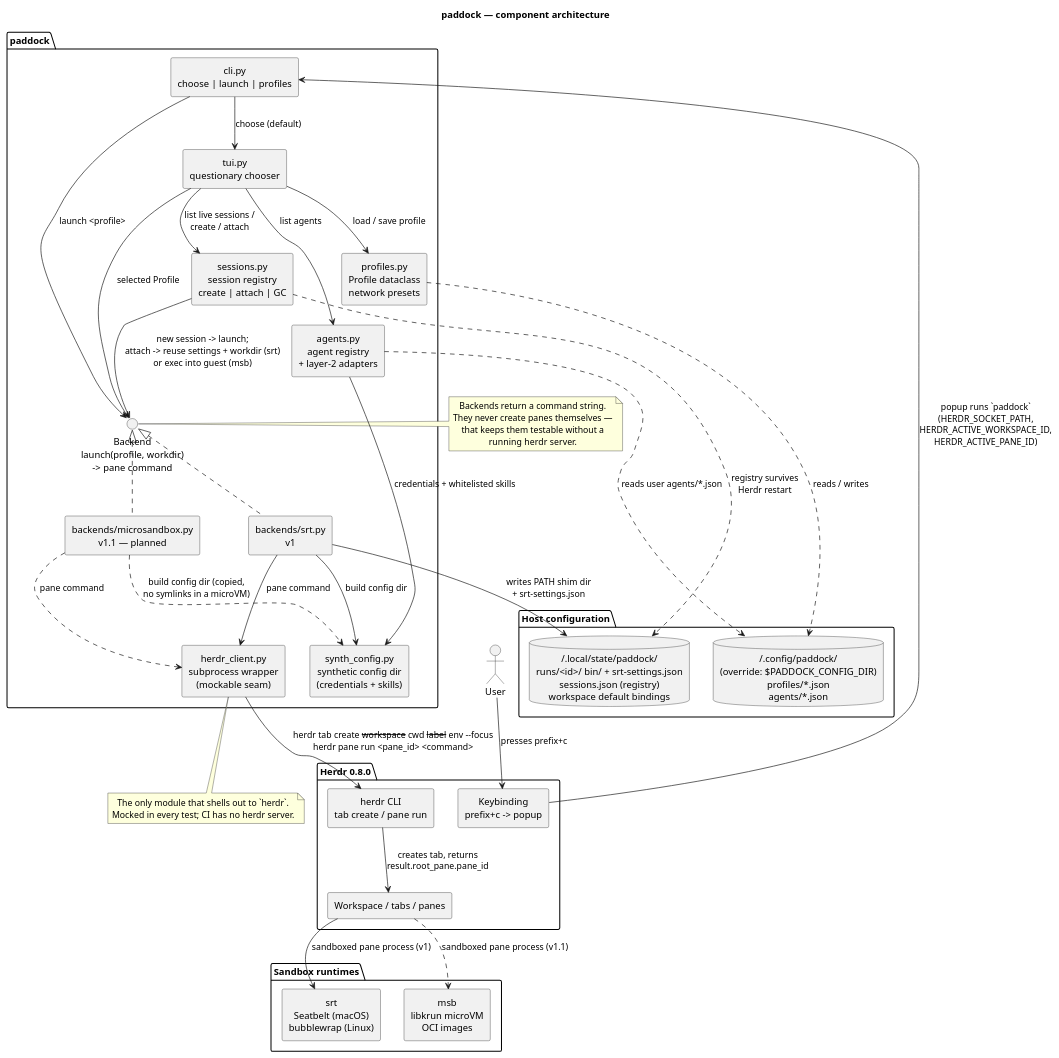
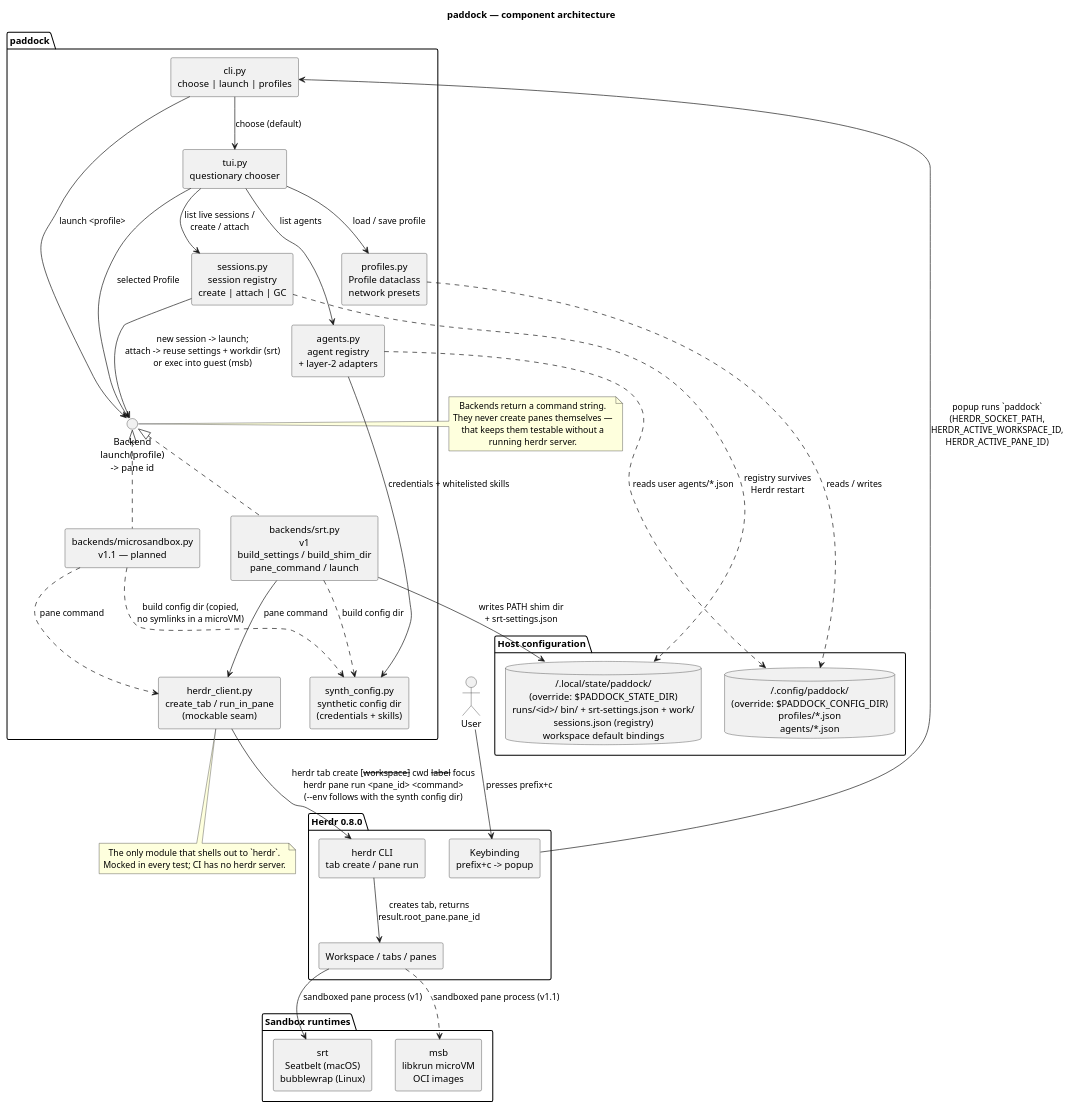
Before and after one commit to paddock-sh/paddock: the diagram in docs/diagrams/architecture.puml, drawn with PlantUML. The commit also changed 7 other files, not shown here.

First line of the commit message:
feat: herdr client and srt backend

```diff
--- a/docs/diagrams/architecture.puml
+++ b/docs/diagrams/architecture.puml
@@ -1,79 +1,79 @@
 @startuml architecture
 title paddock — component architecture
 
 skinparam componentStyle rectangle
 skinparam shadowing false
 skinparam defaultTextAlignment center
 
 actor User
 
 package "Herdr 0.8.0" {
   [Keybinding\nprefix+c -> popup] as Keybinding
   [herdr CLI\ntab create / pane run] as HerdrCLI
   [Workspace / tabs / panes] as HerdrUI
 }
 
 package "paddock" {
   [cli.py\nchoose | launch | profiles] as CLI
   [tui.py\nquestionary chooser] as TUI
   [sessions.py\nsession registry\ncreate | attach | GC] as Sessions
   [profiles.py\nProfile dataclass\nnetwork presets] as Profiles
   [agents.py\nagent registry\n+ layer-2 adapters] as Agents
   [synth_config.py\nsynthetic config dir\n(credentials + skills)] as SynthConfig
-  interface "Backend\nlaunch(profile, workdir)\n-> pane command" as BackendAPI
-  [backends/srt.py\nv1] as SrtBackend
+  interface "Backend\nlaunch(profile)\n-> pane id" as BackendAPI
+  [backends/srt.py\nv1\nbuild_settings / build_shim_dir\npane_command / launch] as SrtBackend
   [backends/microsandbox.py\nv1.1 — planned] as MsbBackend
-  [herdr_client.py\nsubprocess wrapper\n(mockable seam)] as HerdrClient
+  [herdr_client.py\ncreate_tab / run_in_pane\n(mockable seam)] as HerdrClient
 }
 
 package "Host configuration" {
   database "~/.config/paddock/\n(override: $PADDOCK_CONFIG_DIR)\nprofiles/*.json\nagents/*.json" as ConfigFiles
-  database "~/.local/state/paddock/\nruns/<id>/ bin/ + srt-settings.json\nsessions.json (registry)\nworkspace default bindings" as RunDir
+  database "~/.local/state/paddock/\n(override: $PADDOCK_STATE_DIR)\nruns/<id>/ bin/ + srt-settings.json + work/\nsessions.json (registry)\nworkspace default bindings" as RunDir
 }
 
 package "Sandbox runtimes" {
   [srt\nSeatbelt (macOS)\nbubblewrap (Linux)] as Srt
   [msb\nlibkrun microVM\nOCI images] as Msb
 }
 
 User --> Keybinding : presses prefix+c
 Keybinding --> CLI : popup runs `paddock`\n(HERDR_SOCKET_PATH,\nHERDR_ACTIVE_WORKSPACE_ID,\nHERDR_ACTIVE_PANE_ID)
 CLI --> TUI : choose (default)
 TUI --> Profiles : load / save profile
 TUI --> Agents : list agents
 TUI --> Sessions : list live sessions /\ncreate / attach
 Sessions ..> RunDir : registry survives\nHerdr restart
 Profiles ..> ConfigFiles : reads / writes
 Agents ..> ConfigFiles : reads user agents/*.json
 
 TUI --> BackendAPI : selected Profile
 CLI --> BackendAPI : launch <profile>
 BackendAPI <|.. SrtBackend
 BackendAPI <|.. MsbBackend
 
 SrtBackend --> RunDir : writes PATH shim dir\n+ srt-settings.json
 Sessions --> BackendAPI : new session -> launch;\nattach -> reuse settings + workdir (srt)\nor exec into guest (msb)
-SrtBackend --> SynthConfig : build config dir
+SrtBackend ..> SynthConfig : build config dir
 MsbBackend ..> SynthConfig : build config dir (copied,\nno symlinks in a microVM)
 Agents --> SynthConfig : credentials + whitelisted skills
 
 SrtBackend --> HerdrClient : pane command
 MsbBackend ..> HerdrClient : pane command
-HerdrClient --> HerdrCLI : herdr tab create --workspace --cwd --label --env --focus\nherdr pane run <pane_id> <command>
+HerdrClient --> HerdrCLI : herdr tab create [--workspace] --cwd --label --focus\nherdr pane run <pane_id> <command>\n(--env follows with the synth config dir)
 HerdrCLI --> HerdrUI : creates tab, returns\nresult.root_pane.pane_id
 HerdrUI --> Srt : sandboxed pane process (v1)
 HerdrUI ..> Msb : sandboxed pane process (v1.1)
 
 note right of BackendAPI
   Backends return a command string.
   They never create panes themselves —
   that keeps them testable without a
   running herdr server.
 end note
 
 note bottom of HerdrClient
   The only module that shells out to `herdr`.
   Mocked in every test; CI has no herdr server.
 end note
 
 @enduml
```
